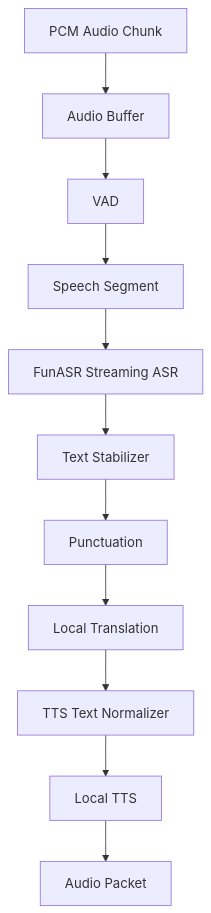
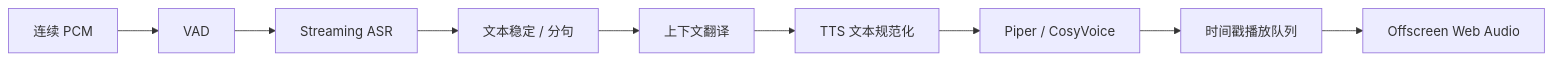
One commit to xiaohao-1337/voxflow changed the seventh of 7 diagrams in ARCHITECTURE.md. Above: the diagram before and after it, drawn with Mermaid. The commit also changed other lines of this file and 1 other file, not shown here.

Commit message:
docs: refresh architecture and getting started guides

````diff
--- a/ARCHITECTURE.md
+++ b/ARCHITECTURE.md
@@ -229,13 +764,11 @@
 ```mermaid
-flowchart TD
-  A["PCM Audio Chunk"] --> B["Audio Buffer"]
-  B --> C["VAD"]
-  C --> D["Speech Segment"]
-  D --> E["FunASR Streaming ASR"]
-  E --> F["Text Stabilizer"]
-  F --> G["Punctuation"]
-  G --> H["Local Translation"]
-  H --> I["TTS Text Normalizer"]
-  I --> J["Local TTS"]
-  J --> K["Audio Packet"]
+flowchart LR
+  PCM["连续 PCM"] --> VAD["VAD"]
+  VAD --> ASR["Streaming ASR"]
+  ASR --> Stable["文本稳定 / 分句"]
+  Stable --> MT["上下文翻译"]
+  MT --> Normalize["TTS 文本规范化"]
+  Normalize --> TTS["Piper / CosyVoice"]
+  TTS --> Queue["时间戳播放队列"]
+  Queue --> Player["Offscreen Web Audio"]
 ```
````
